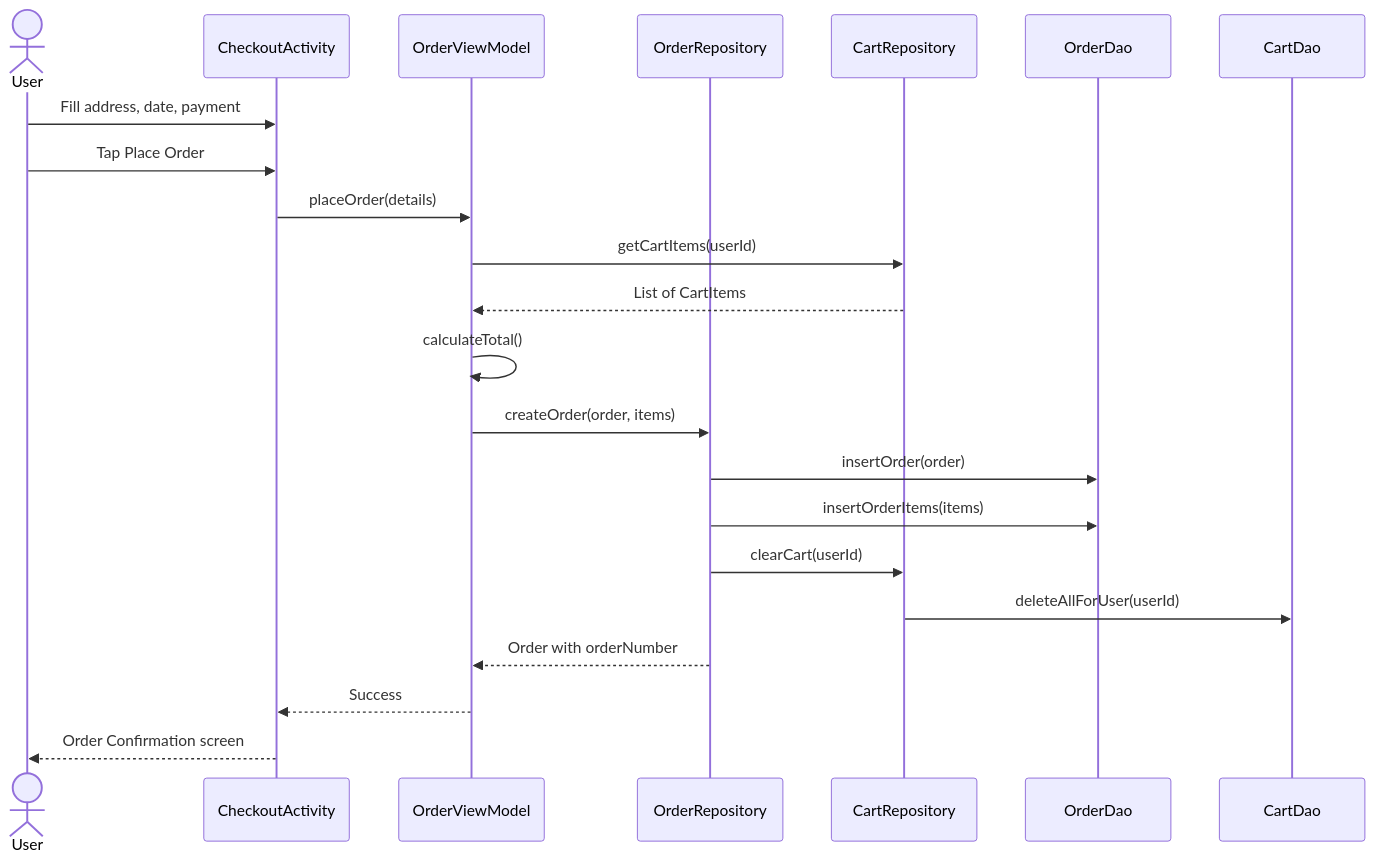
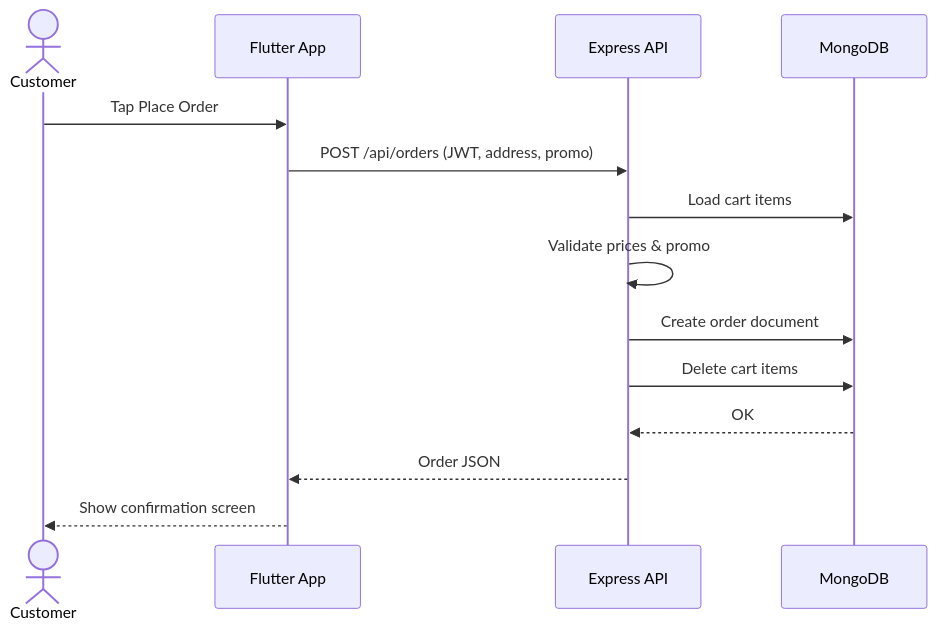
Before and after one commit to Saad2607/cake-shop-app: the third of 8 diagrams in docs/05_UML_Diagrams.md, drawn with Mermaid. The commit also changed other lines of this file and 132 other files, not shown here.

````diff
--- a/docs/05_UML_Diagrams.md
+++ b/docs/05_UML_Diagrams.md
@@ -240,25 +147,17 @@
 ```mermaid
 sequenceDiagram
-    actor User
-    participant CheckoutActivity
-    participant OrderViewModel
-    participant OrderRepository
-    participant CartRepository
-    participant OrderDao
-    participant CartDao
+    actor Customer
+    participant App as Flutter App
+    participant API as Express API
+    participant DB as MongoDB
 
-    User->>CheckoutActivity: Fill address, date, payment
-    User->>CheckoutActivity: Tap Place Order
-    CheckoutActivity->>OrderViewModel: placeOrder(details)
-    OrderViewModel->>CartRepository: getCartItems(userId)
-    CartRepository-->>OrderViewModel: List of CartItems
-    OrderViewModel->>OrderViewModel: calculateTotal()
-    OrderViewModel->>OrderRepository: createOrder(order, items)
-    OrderRepository->>OrderDao: insertOrder(order)
-    OrderRepository->>OrderDao: insertOrderItems(items)
-    OrderRepository->>CartRepository: clearCart(userId)
-    CartRepository->>CartDao: deleteAllForUser(userId)
-    OrderRepository-->>OrderViewModel: Order with orderNumber
-    OrderViewModel-->>CheckoutActivity: Success
-    CheckoutActivity-->>User: Order Confirmation screen
+    Customer->>App: Tap Place Order
+    App->>API: POST /api/orders (JWT, address, promo)
+    API->>DB: Load cart items
+    API->>API: Validate prices & promo
+    API->>DB: Create order document
+    API->>DB: Delete cart items
+    DB-->>API: OK
+    API-->>App: Order JSON
+    App-->>Customer: Show confirmation screen
 ```
````
